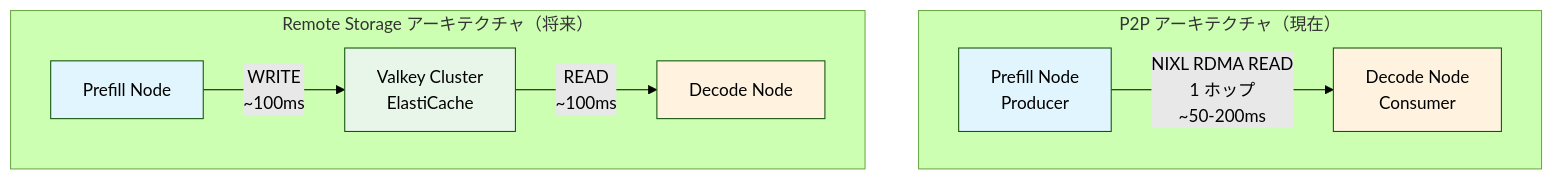
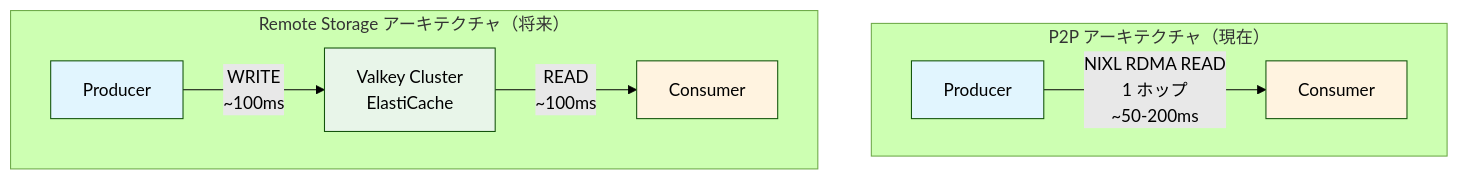
Before and after one commit to littlemex/zenn: diagram 13 of 14 in articles/3dd524130320d3.md, drawn with Mermaid (forest theme). The commit also changed other lines of this file, not shown here.

````diff
--- a/articles/3dd524130320d3.md
+++ b/articles/3dd524130320d3.md
@@ -680,19 +680,19 @@
 ```mermaid
 graph TB
     subgraph P2P["P2P アーキテクチャ（現在）"]
         direction LR
-        P1[Prefill Node<br/>Producer] -->|"NIXL RDMA READ<br/>1 ホップ<br/>~50-200ms"| D1[Decode Node<br/>Consumer]
+        P1[Producer] -->|"NIXL RDMA READ<br/>1 ホップ<br/>~50-200ms"| D1[Consumer]
     end
 
     subgraph Remote["Remote Storage アーキテクチャ（将来）"]
         direction LR
-        P2[Prefill Node] -->|"WRITE<br/>~100ms"| VK[Valkey Cluster<br/>ElastiCache]
-        VK -->|"READ<br/>~100ms"| D2[Decode Node]
+        P2[Producer] -->|"WRITE<br/>~100ms"| VK[Valkey Cluster<br/>ElastiCache]
+        VK -->|"READ<br/>~100ms"| D2[Consumer]
     end
 
     style P1 fill: #e1f5fe
     style D1 fill: #fff3e0
     style P2 fill: #e1f5fe
     style D2 fill: #fff3e0
     style VK fill: #e8f5e9
 ```
````
